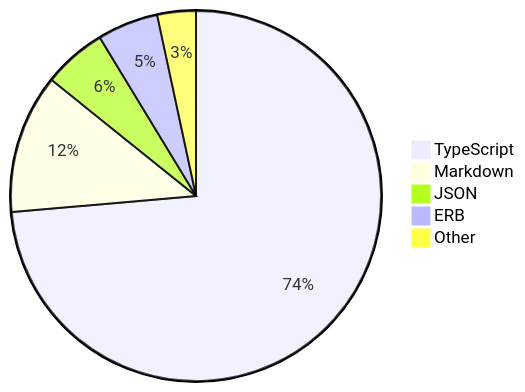
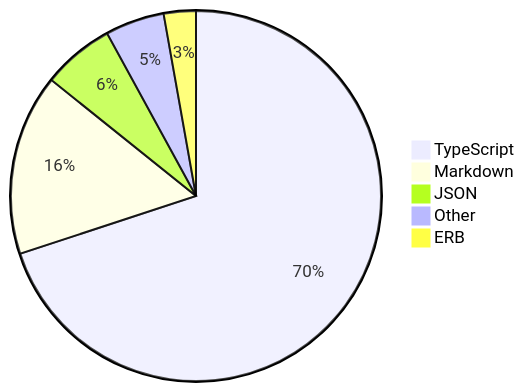
The diagram in README.md (skvggor/skvggor), drawn with Mermaid before and after one commit.

Commit message:
Updated waka-readme graph with new metrics

````diff
--- a/README.md
+++ b/README.md
@@ -35,8 +35,8 @@
 ```mermaid
 pie
-    "TypeScript" : 67.8
-    "Markdown" : 11.2
-    "JSON" : 5.1
-    "ERB" : 4.9
-    "Other" : 3.1
+    "TypeScript" : 62.4
+    "Markdown" : 14.1
+    "JSON" : 5.6
+    "Other" : 4.6
+    "ERB" : 2.5
 ```
````
